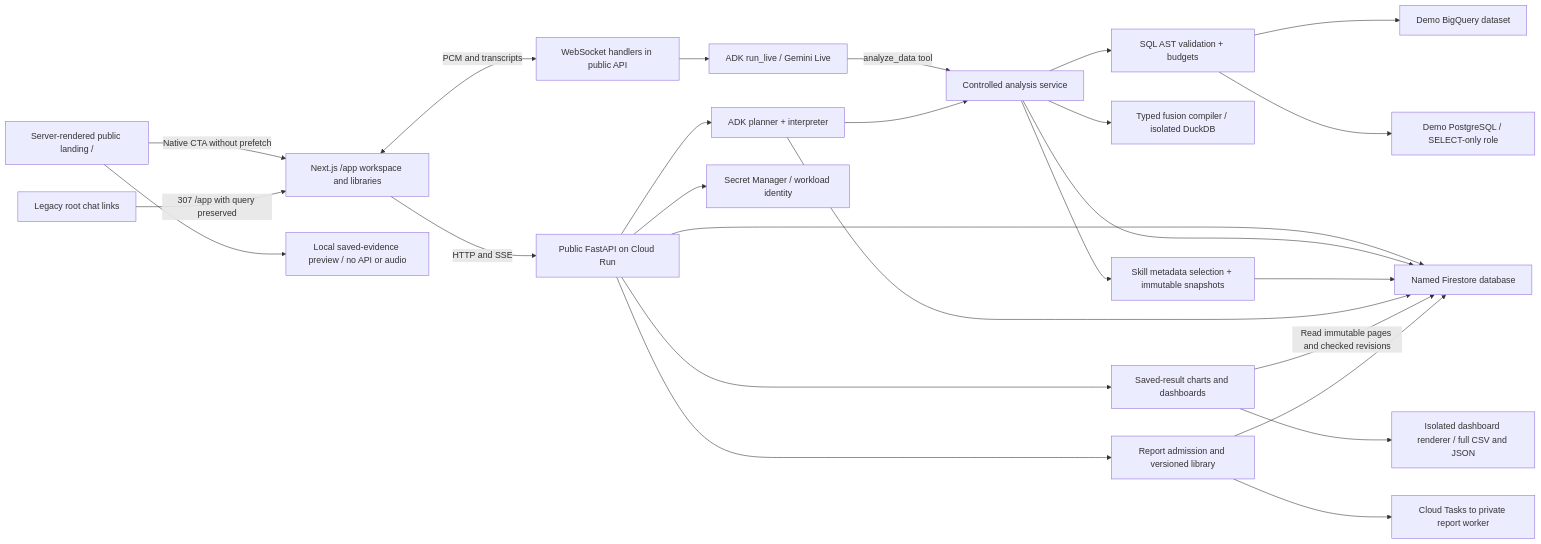
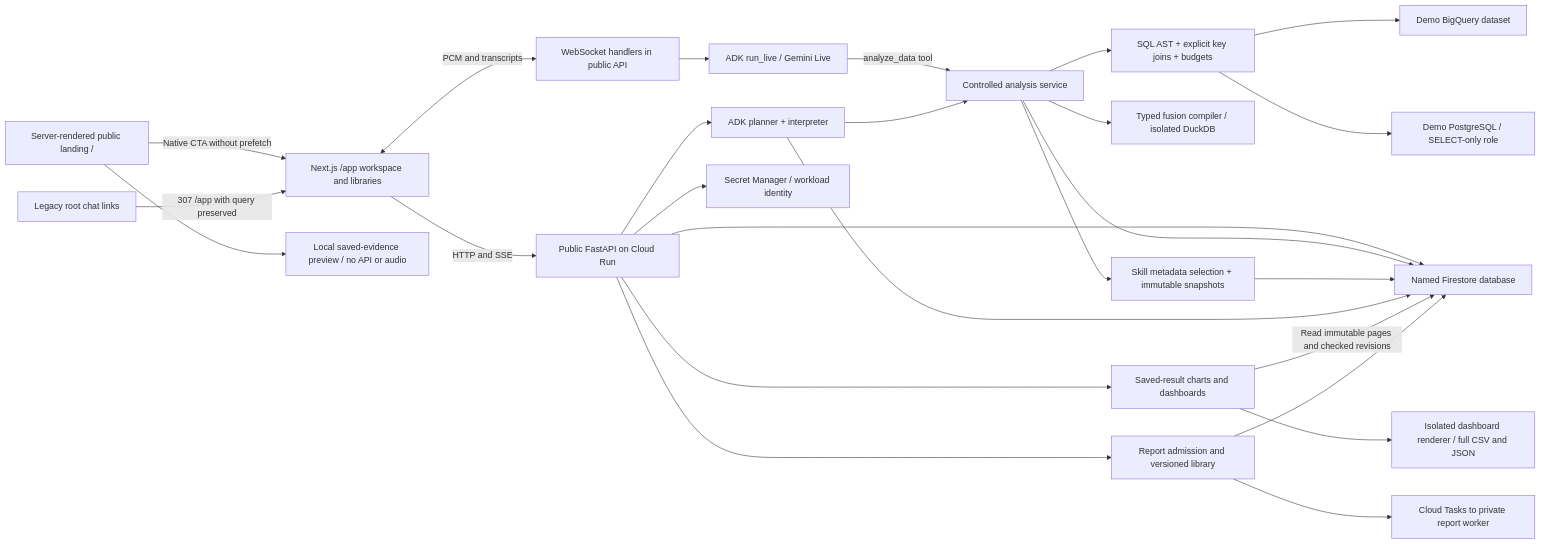
The diagram in docs/graphify/application.mmd (RusiruChathushanaka/querylane-agentic-bi), drawn with Mermaid before and after one commit. The commit also changed 40 other files, not shown here.

```diff
--- a/docs/graphify/application.mmd
+++ b/docs/graphify/application.mmd
@@ -1,26 +1,26 @@
 flowchart LR
     Landing[Server-rendered public landing /] -->|Native CTA without prefetch| Browser[Next.js /app workspace and libraries]
     Landing --> Preview[Local saved-evidence preview / no API or audio]
     Legacy[Legacy root chat links] -->|307 /app with query preserved| Browser
     Browser -->|HTTP and SSE| API[Public FastAPI on Cloud Run]
     Browser <-->|PCM and transcripts| Voice[WebSocket handlers in public API]
     API --> ADK[ADK planner + interpreter]
     Voice --> Live[ADK run_live / Gemini Live]
     Live -->|analyze_data tool| Analysis[Controlled analysis service]
     ADK --> Analysis
-    Analysis --> Guard[SQL AST validation + budgets]
+    Analysis --> Guard[SQL AST + explicit key joins + budgets]
     Guard --> BQ[Demo BigQuery dataset]
     Guard --> PG[Demo PostgreSQL / SELECT-only role]
     Analysis --> Fusion[Typed fusion compiler / isolated DuckDB]
     API --> Store[Named Firestore database]
     Analysis --> Store
     Analysis --> Skills[Skill metadata selection + immutable snapshots]
     Skills --> Store
     ADK --> Store
     API --> Saved[Saved-result charts and dashboards]
     Saved -->|Read immutable pages and checked revisions| Store
     Saved --> Export[Isolated dashboard renderer / full CSV and JSON]
     API --> Reports[Report admission and versioned library]
     Reports --> Store
     Reports --> Dispatch[Cloud Tasks to private report worker]
     API --> Secrets[Secret Manager / workload identity]
```
